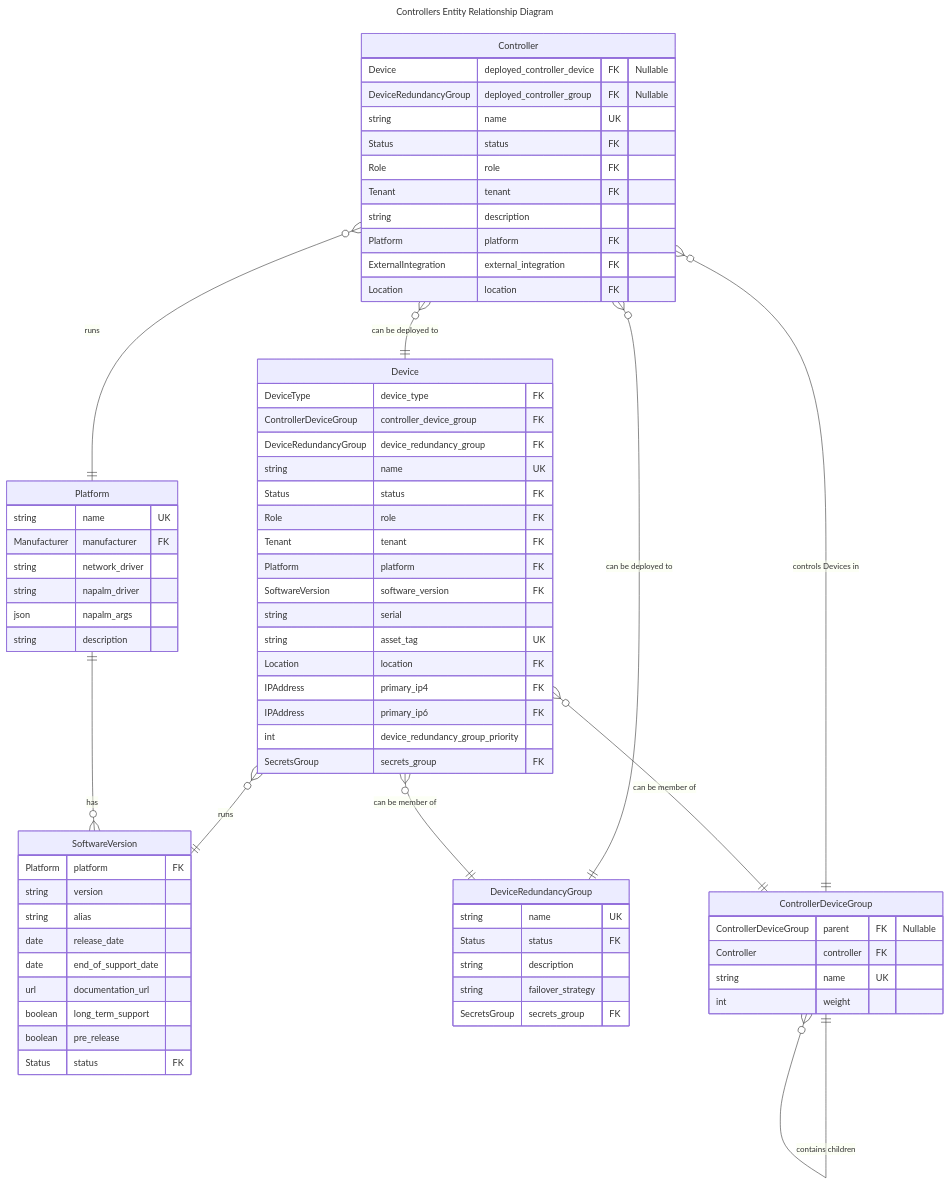
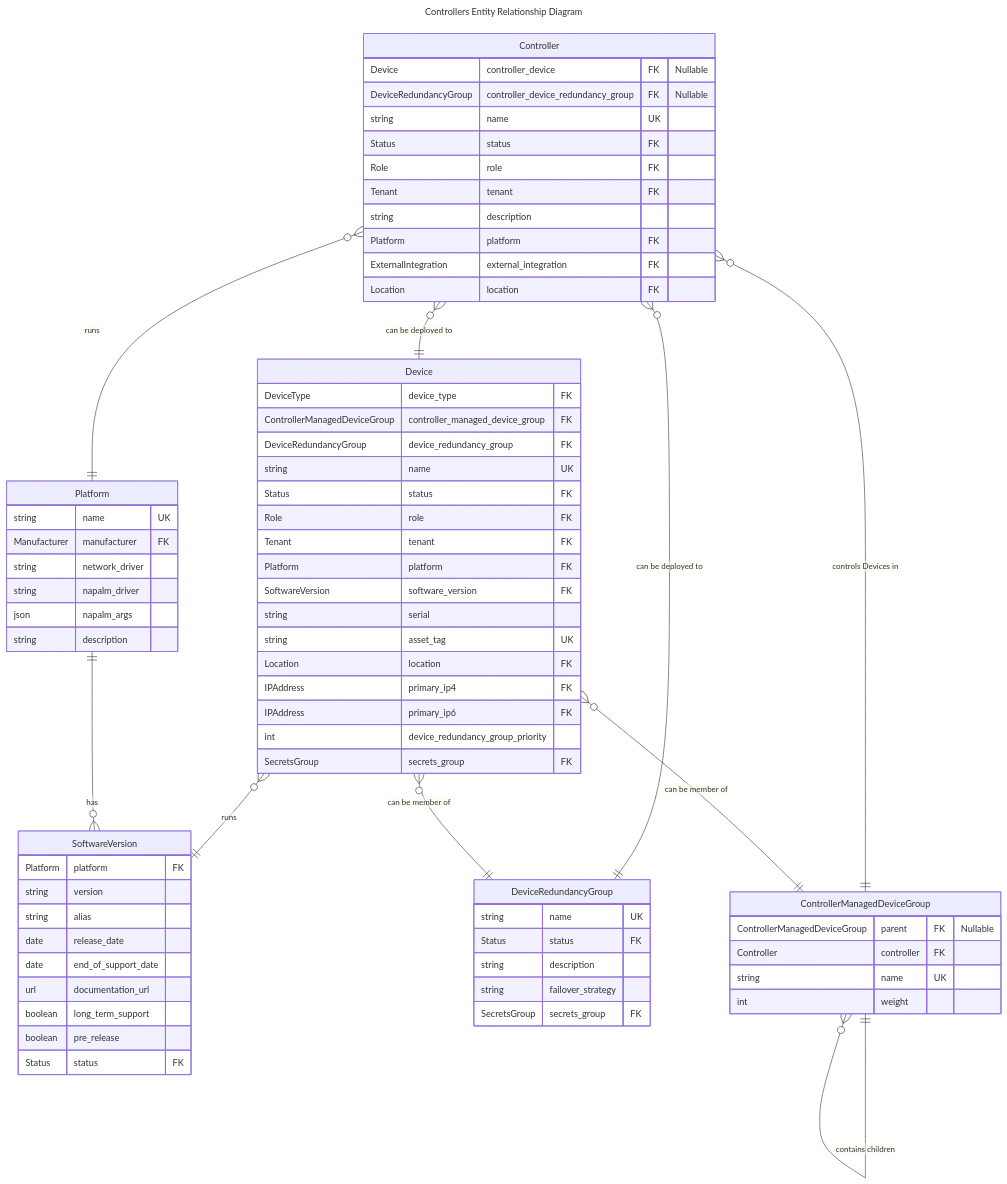
One commit to nautobot/nautobot changed the diagram in nautobot/docs/development/core/controllers.md. Above: the diagram before and after it, drawn with Mermaid. The commit also changed other lines of this file and 37 other files, not shown here.

````diff
--- a/nautobot/docs/development/core/controllers.md
+++ b/nautobot/docs/development/core/controllers.md
@@ -37,7 +37,7 @@
 
     Device {
         DeviceType device_type FK
-        ControllerDeviceGroup controller_device_group FK
+        ControllerManagedDeviceGroup controller_managed_device_group FK
         DeviceRedundancyGroup device_redundancy_group FK
 
         string name UK
@@ -64,8 +64,8 @@
     }
 
     Controller {
-        Device deployed_controller_device FK "Nullable"
-        DeviceRedundancyGroup deployed_controller_group FK "Nullable"
+        Device controller_device FK "Nullable"
+        DeviceRedundancyGroup controller_device_redundancy_group FK "Nullable"
 
         string name UK
         Status status FK
@@ -77,21 +77,21 @@
         Location location FK
     }
 
-    ControllerDeviceGroup {
-        ControllerDeviceGroup parent FK "Nullable"
+    ControllerManagedDeviceGroup {
+        ControllerManagedDeviceGroup parent FK "Nullable"
         Controller controller FK
 
         string name UK
         int weight
     }
 
-    ControllerDeviceGroup ||--o{ ControllerDeviceGroup : "contains children"
-    Controller }o--|| ControllerDeviceGroup : "controls Devices in"
+    ControllerManagedDeviceGroup ||--o{ ControllerManagedDeviceGroup : "contains children"
+    Controller }o--|| ControllerManagedDeviceGroup : "controls Devices in"
     Controller }o--|| DeviceRedundancyGroup : "can be deployed to"
     Device }o--|| SoftwareVersion : "runs"
     Controller }o--|| Platform : "runs"
     Controller }o--|| Device : "can be deployed to"
-    Device }o--|| ControllerDeviceGroup : "can be member of"
+    Device }o--|| ControllerManagedDeviceGroup : "can be member of"
     Device }o--|| DeviceRedundancyGroup : "can be member of"
     Platform ||--o{ SoftwareVersion : "has"
 ```
````
